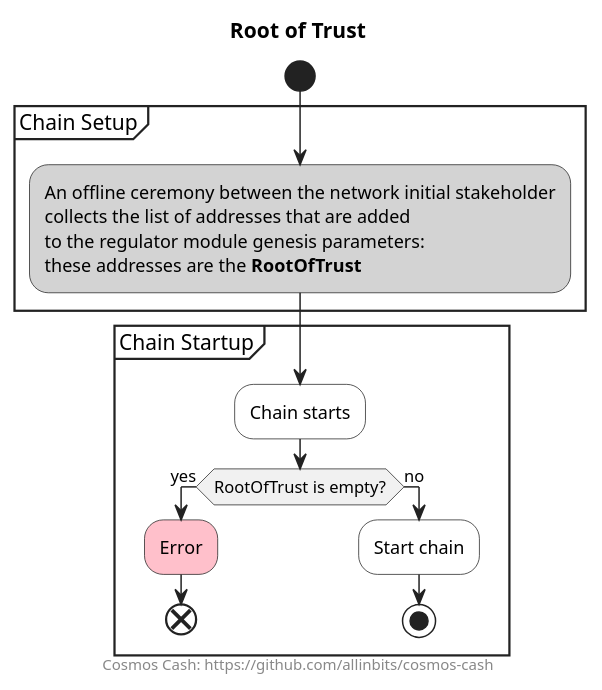
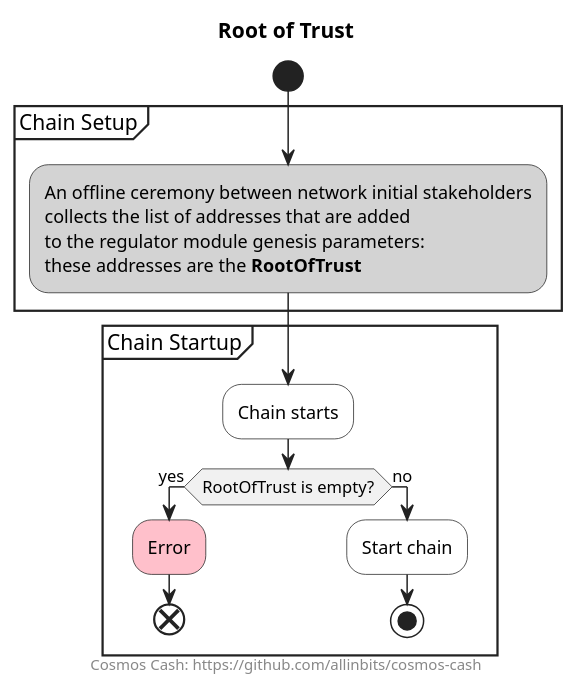
One commit to allinbits/cosmos-cash changed the diagram in docs/assets/diagrams/src/root_of_trust.puml. Above: the diagram before and after it, drawn with PlantUML. The commit also changed 2 other files, not shown here.

Commit message:
Andrea teaching me cool edits and diagrams

```diff
--- a/docs/assets/diagrams/src/root_of_trust.puml
+++ b/docs/assets/diagrams/src/root_of_trust.puml
@@ -1,39 +1,39 @@
 @startuml
 
 title Root of Trust
 footer Cosmos Cash: https://github.com/allinbits/cosmos-cash
 
 <style>
 activityDiagram {
   LineColor #222
   FontName sans
 }
 </style>
 skinparam monochrome false
 skinparam shadowing false
 
 
 start
 partition "Chain Setup" {
-    #lightgray:An offline ceremony between the network initial stakeholder
+    #lightgray:An offline ceremony between network initial stakeholders
     collects the list of addresses that are added
     to the regulator module genesis parameters:
     these addresses are the **RootOfTrust**;
 }
 
 
 partition "Chain Startup" {
     #white:Chain starts;
     if (RootOfTrust is empty?) then (yes)
         #pink:Error;
         end
     else (no)
         #white:Start chain;
         stop
     endif
 }
 
 
 
 
 @enduml
```
